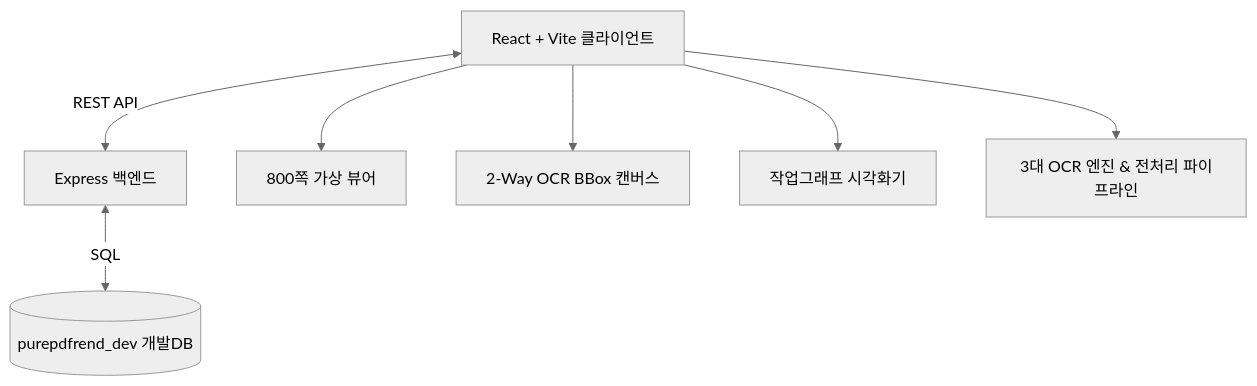
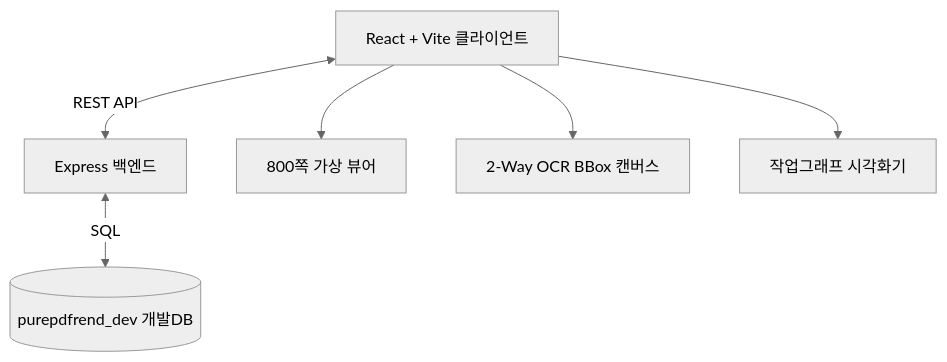
Before and after one commit to jkoogit/purePDFrend: the diagram in docs/05.설계/README_설계.md, drawn with Mermaid (neutral theme). The commit also changed other lines of this file and 208 other files, not shown here.

````diff
--- a/docs/05.설계/README_설계.md
+++ b/docs/05.설계/README_설계.md
@@ -32,9 +18,8 @@
 ```mermaid
 graph TD
     Client[React + Vite 클라이언트] <-->|REST API| Server[Express 백엔드]
     Server <-->|SQL| DB[(purepdfrend_dev 개발DB)]
     Client --> Comp1[800쪽 가상 뷰어]
     Client --> Comp2[2-Way OCR BBox 캔버스]
     Client --> Comp3[작업그래프 시각화기]
-    Client --> Comp4[3대 OCR 엔진 & 전처리 파이프라인]
 ```
````
